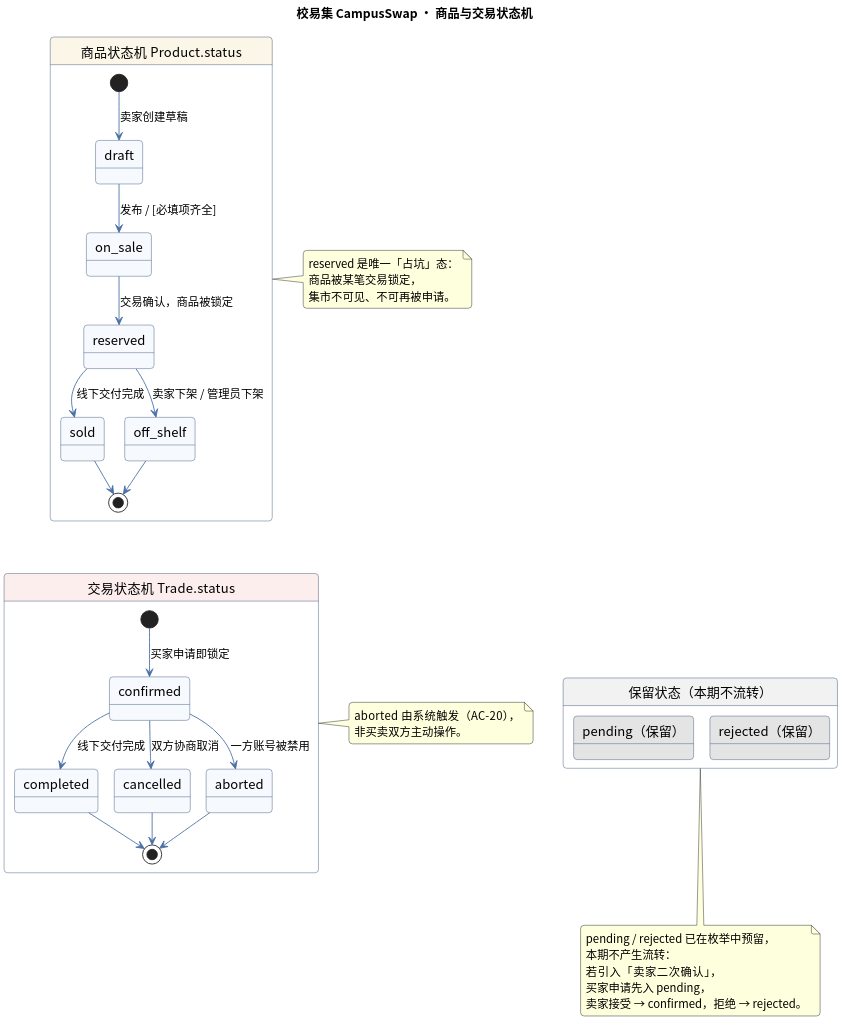
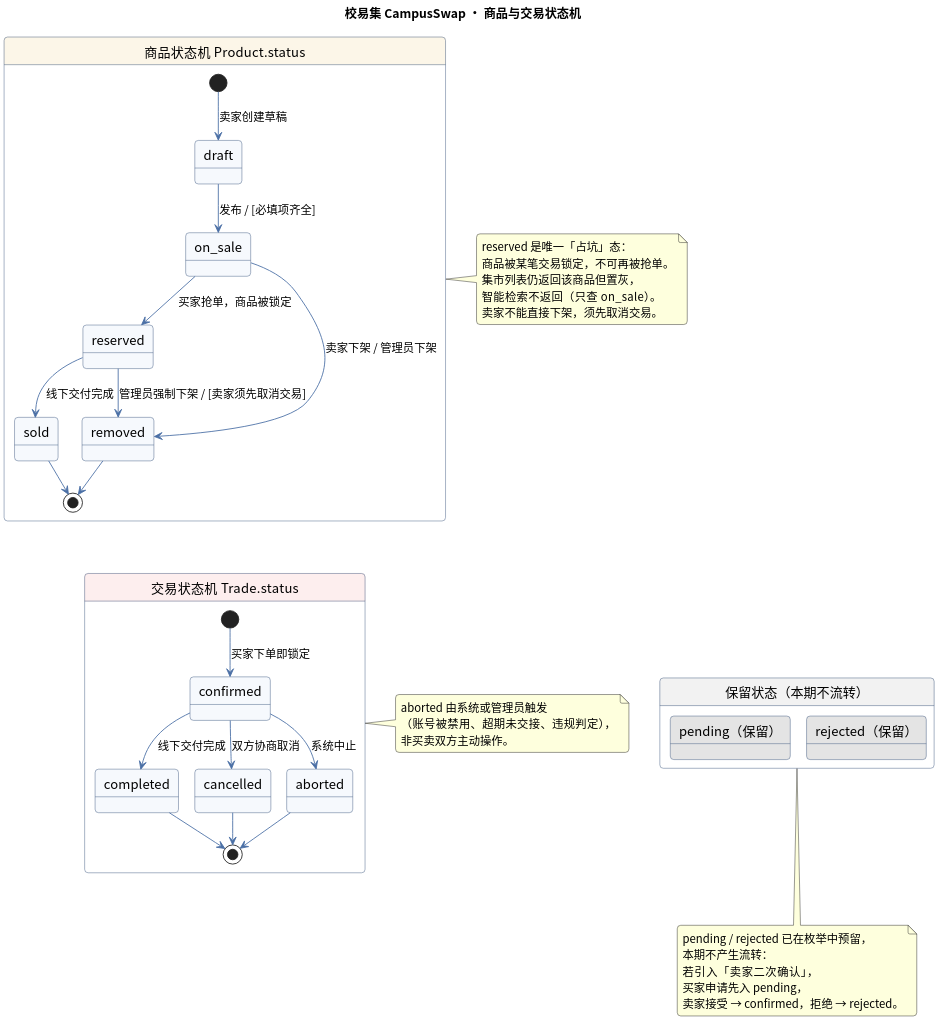
The diagram in docs/uml/08-state-product-trade.puml (LB-CC-summer/campusswap), drawn with PlantUML before and after one commit. The commit also changed 6 other files, not shown here.

```diff
--- a/docs/uml/08-state-product-trade.puml
+++ b/docs/uml/08-state-product-trade.puml
@@ -1,63 +1,69 @@
-@startuml 13-state-product-trade
+@startuml 08-state-product-trade
 ' 校易集 CampusSwap · 商品 / 交易 双状态机
 ' 说明：pending 与 rejected 为保留状态，本期不产生实际流转
+' 枚举口径：商品 removed / 交易 confirmed-completed-cancelled-aborted，
+'           与《02-数据库设计说明书》4.5 / 4.12 及 db/schema.sql 完全一致
 skinparam dpi 220
 skinparam defaultFontName "Noto Sans CJK SC"
 skinparam shadowing false
 skinparam roundcorner 8
 skinparam stateFontSize 15
 skinparam ArrowFontSize 13
 skinparam ArrowColor #4A6FA5
 skinparam stateBorderColor #33507A
 skinparam stateBackgroundColor #F6F9FD
 
 title 校易集 CampusSwap · 商品与交易状态机
 
 state "商品状态机  Product.status" as PS #FCF6E8 {
   [*] --> draft : 卖家创建草稿
   draft --> on_sale : 发布 / [必填项齐全]
-  on_sale --> reserved : 交易确认，商品被锁定
+  on_sale --> reserved : 买家抢单，商品被锁定
+  on_sale --> removed : 卖家下架 / 管理员下架
   reserved --> sold : 线下交付完成
-  reserved --> off_shelf : 卖家下架 / 管理员下架
+  reserved --> removed : 管理员强制下架 / [卖家须先取消交易]
   sold --> [*]
-  off_shelf --> [*]
+  removed --> [*]
 }
 
 state "交易状态机  Trade.status" as TS #FDEEEE {
-  [*] --> confirmed : 买家申请即锁定
+  [*] --> confirmed : 买家下单即锁定
   confirmed --> completed : 线下交付完成
   confirmed --> cancelled : 双方协商取消
-  confirmed --> aborted : 一方账号被禁用
+  confirmed --> aborted : 系统中止
   completed --> [*]
   cancelled --> [*]
   aborted --> [*]
 }
 
 state "保留状态（本期不流转）" as Reserved #F2F2F2 {
   state "pending（保留）" as pending #E4E4E4
   state "rejected（保留）" as rejected #E4E4E4
 }
 
 PS -[hidden]down-> TS
 TS -[hidden]right-> Reserved
 
 note right of PS
   reserved 是唯一「占坑」态：
-  商品被某笔交易锁定，
-  集市不可见、不可再被申请。
+  商品被某笔交易锁定，不可再被抢单。
+  集市列表仍返回该商品但置灰，
+  智能检索不返回（只查 on_sale）。
+  卖家不能直接下架，须先取消交易。
 end note
 
 note bottom of Reserved
   pending / rejected 已在枚举中预留，
   本期不产生流转：
   若引入「卖家二次确认」，
   买家申请先入 pending，
   卖家接受 → confirmed，拒绝 → rejected。
 end note
 
 note right of TS
-  aborted 由系统触发（AC-20），
+  aborted 由系统或管理员触发
+  （账号被禁用、超期未交接、违规判定），
   非买卖双方主动操作。
 end note
 
 @enduml
```
